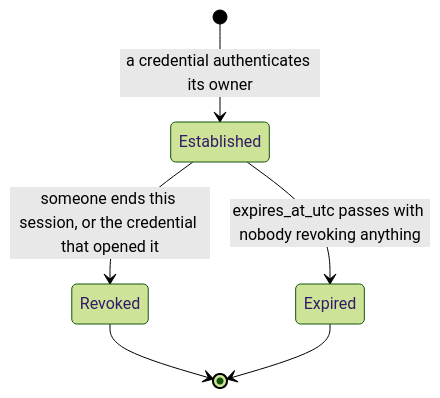
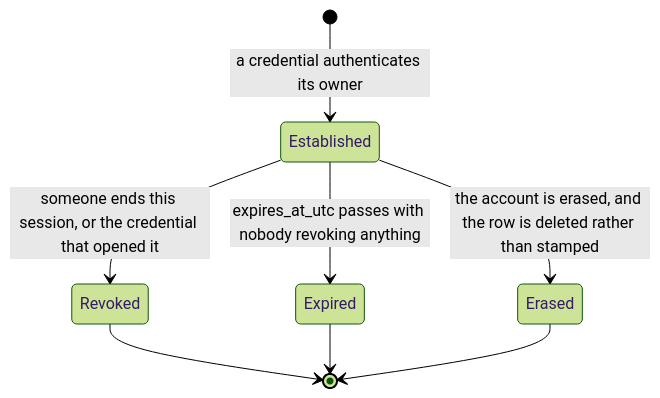
One commit to anton-kochev/budgetoid changed the second of 3 diagrams in docs/business-logic/sessions.md. Above: the diagram before and after it, drawn with Mermaid (forest theme). The commit also changed other lines of this file and 4 other files, not shown here.

````diff
--- a/docs/business-logic/sessions.md
+++ b/docs/business-logic/sessions.md
@@ -702,8 +702,10 @@
 ```mermaid
 stateDiagram-v2
     [*] --> Established : a credential authenticates its owner
     Established --> Revoked : someone ends this session, or the credential that opened it
     Established --> Expired : expires_at_utc passes with nobody revoking anything
+    Established --> Erased : the account is erased, and the row is deleted rather than stamped
     Revoked --> [*]
     Expired --> [*]
+    Erased --> [*]
 ```
````
